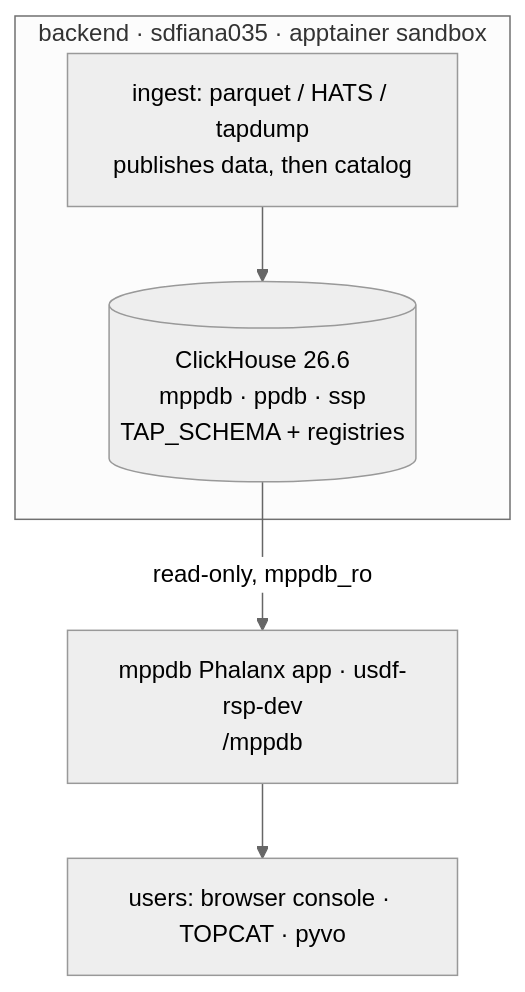
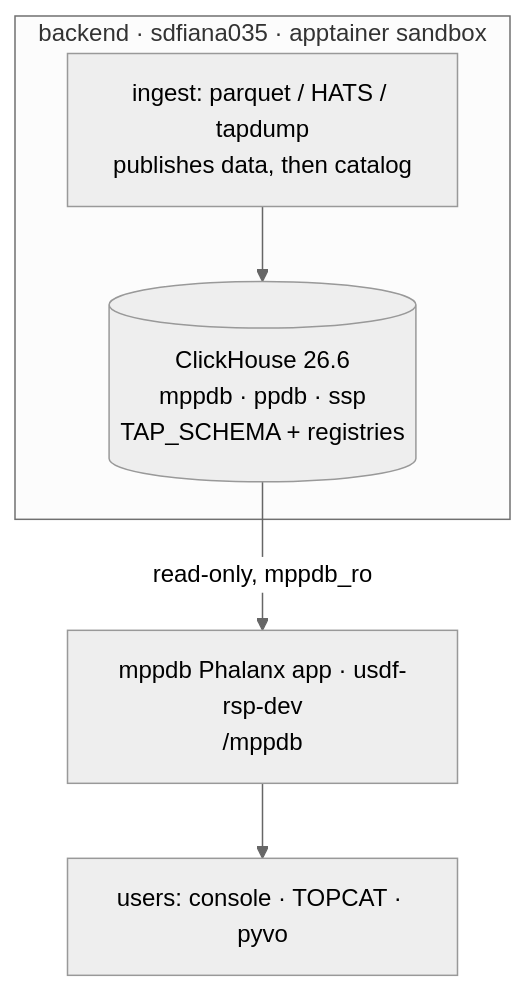
The diagram in index.md (lsst-dm/dmtn-354), drawn with Mermaid (neutral theme) before and after one commit. The commit also changed other lines of this file and 2 other files, not shown here.

````diff
--- a/index.md
+++ b/index.md
@@ -146,12 +264,12 @@
 ```{mermaid}
 flowchart TB
   subgraph BACKEND["backend · sdfiana035 · apptainer sandbox"]
     ING["ingest: parquet / HATS / tapdump<br/>publishes data, then catalog"]
     CH[("ClickHouse 26.6<br/>mppdb · ppdb · ssp<br/>TAP_SCHEMA + registries")]
     ING --> CH
   end
   SVC["mppdb Phalanx app · usdf-rsp-dev<br/>/mppdb"]
-  U["users: browser console · TOPCAT · pyvo"]
+  U["users: console · TOPCAT · pyvo"]
   CH -- "read-only, mppdb_ro" --> SVC
   SVC --> U
 ```
````
